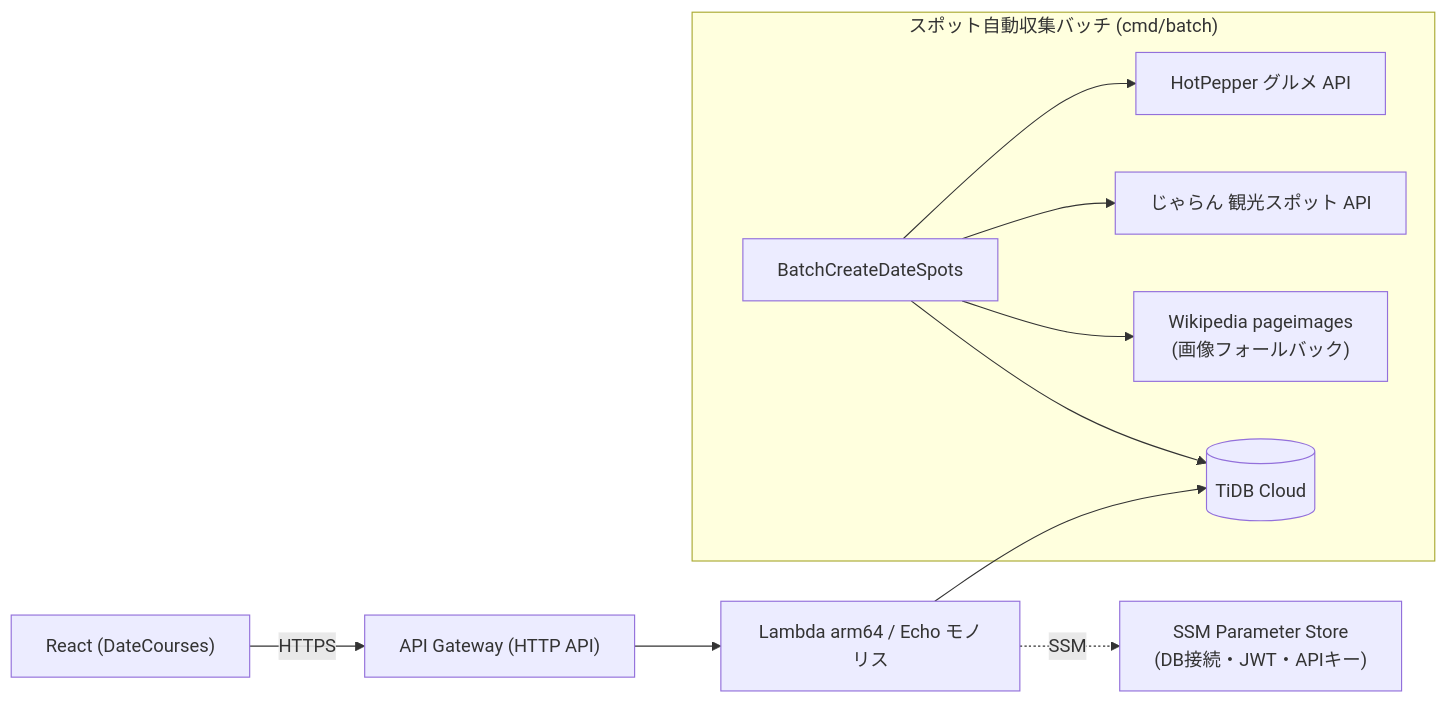
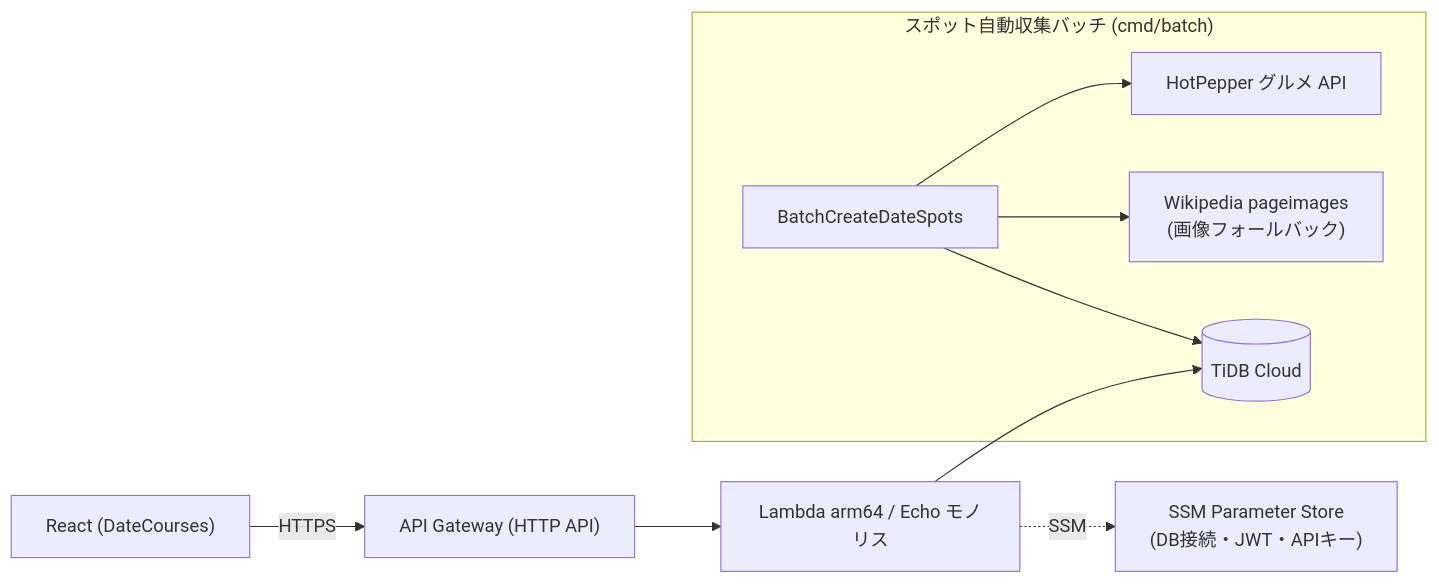
One commit to daisuke-harada/date-courses-go changed the diagram in README.md. Above: the diagram before and after it, drawn with Mermaid. The commit also changed other lines of this file and 5 other files, not shown here.

````diff
--- a/README.md
+++ b/README.md
@@ -34,14 +34,13 @@
 ```mermaid
 flowchart LR
     Client["React (DateCourses)"] -->|HTTPS| APIGW["API Gateway (HTTP API)"]
     APIGW --> Lambda["Lambda arm64 / Echo モノリス"]
     Lambda --> TiDB[("TiDB Cloud")]
     Lambda -.SSM.-> SSM["SSM Parameter Store<br/>(DB接続・JWT・APIキー)"]
 
     subgraph Batch["スポット自動収集バッチ (cmd/batch)"]
         B["BatchCreateDateSpots"] --> HP["HotPepper グルメ API"]
-        B --> JL["じゃらん 観光スポット API"]
         B --> WM["Wikipedia pageimages<br/>(画像フォールバック)"]
         B --> TiDB
     end
 ```
````
